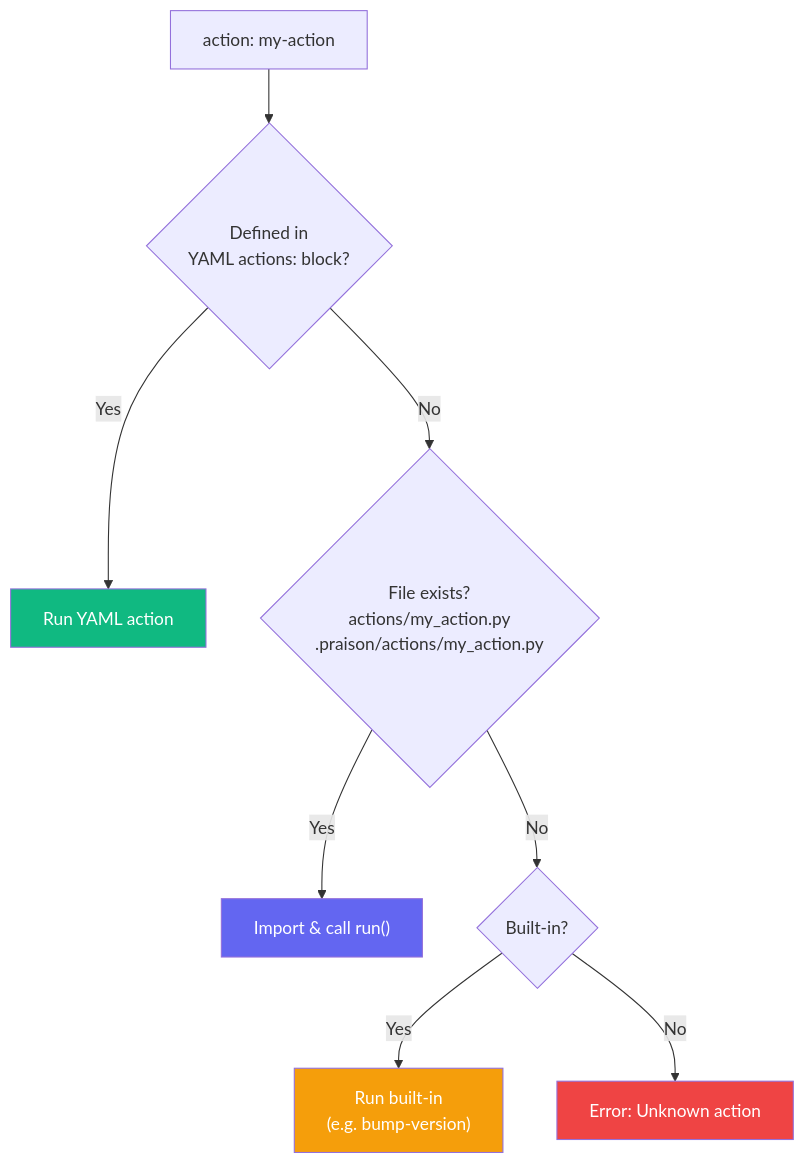
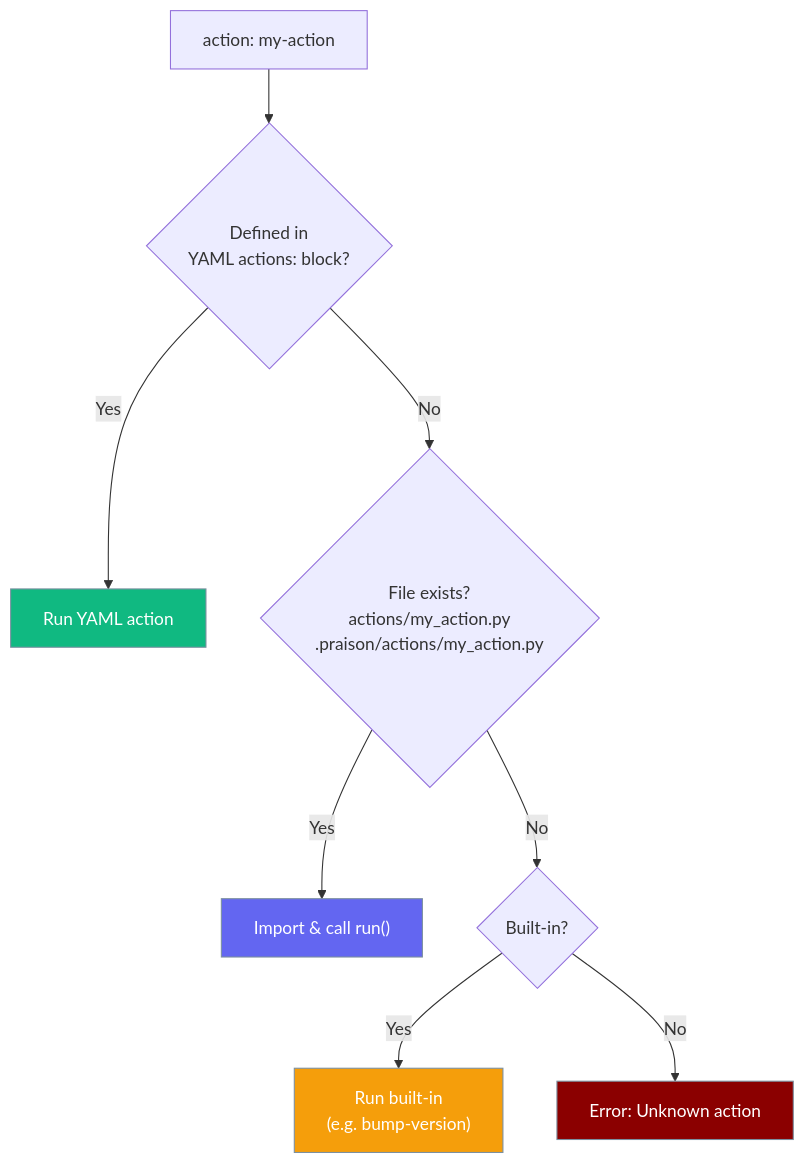
The diagram in docs/features/custom-actions.mdx (MervinPraison/PraisonAIDocs), drawn with Mermaid before and after one commit. The commit also changed 19 other files, not shown here.

````diff
--- a/docs/features/custom-actions.mdx
+++ b/docs/features/custom-actions.mdx
@@ -29,16 +29,20 @@
 ```mermaid
 flowchart TD
     A["action: my-action"] --> B{"Defined in<br/>YAML actions: block?"}
     B -- Yes --> C["Run YAML action"]
     B -- No --> D{"File exists?<br/>actions/my_action.py<br/>.praison/actions/my_action.py"}
     D -- Yes --> E["Import & call run()"]
     D -- No --> F{"Built-in?"}
     F -- Yes --> G["Run built-in<br/>(e.g. bump-version)"]
     F -- No --> H["Error: Unknown action"]
     
-    style C fill:#10B981,color:#fff
-    style E fill:#6366F1,color:#fff
-    style G fill:#F59E0B,color:#fff
-    style H fill:#EF4444,color:#fff
+    classDef success fill:#10B981,stroke:#7C90A0,color:#fff
+    classDef tool fill:#6366F1,stroke:#7C90A0,color:#fff
+    classDef warn fill:#F59E0B,stroke:#7C90A0,color:#fff
+    classDef error fill:#8B0000,stroke:#7C90A0,color:#fff
+    class C success
+    class E tool
+    class G warn
+    class H error
 
 ```
````
